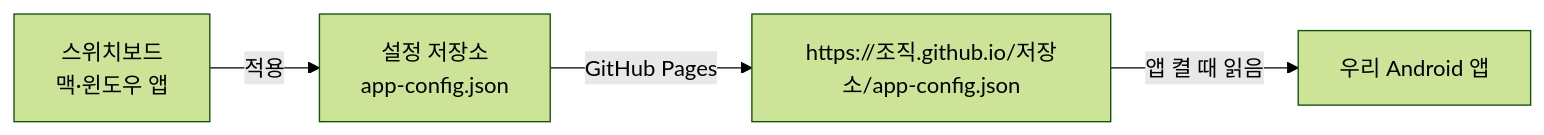
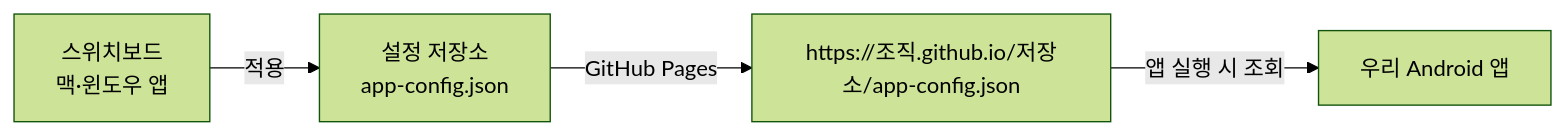
One commit to rudtjr1106/switchboard changed the diagram in docs/사용법.md. Above: the diagram before and after it, drawn with Mermaid (forest theme). The commit also changed other lines of this file, not shown here.

````diff
--- a/docs/사용법.md
+++ b/docs/사용법.md
@@ -11,6 +11,6 @@
 ```mermaid
 flowchart LR
     A[스위치보드<br/>맥·윈도우 앱] -->|적용| B[설정 저장소<br/>app-config.json]
     B -->|GitHub Pages| C[https://조직.github.io/저장소/app-config.json]
-    C -->|앱 켤 때 읽음| D[우리 Android 앱]
+    C -->|앱 실행 시 조회| D[우리 Android 앱]
 ```
````
